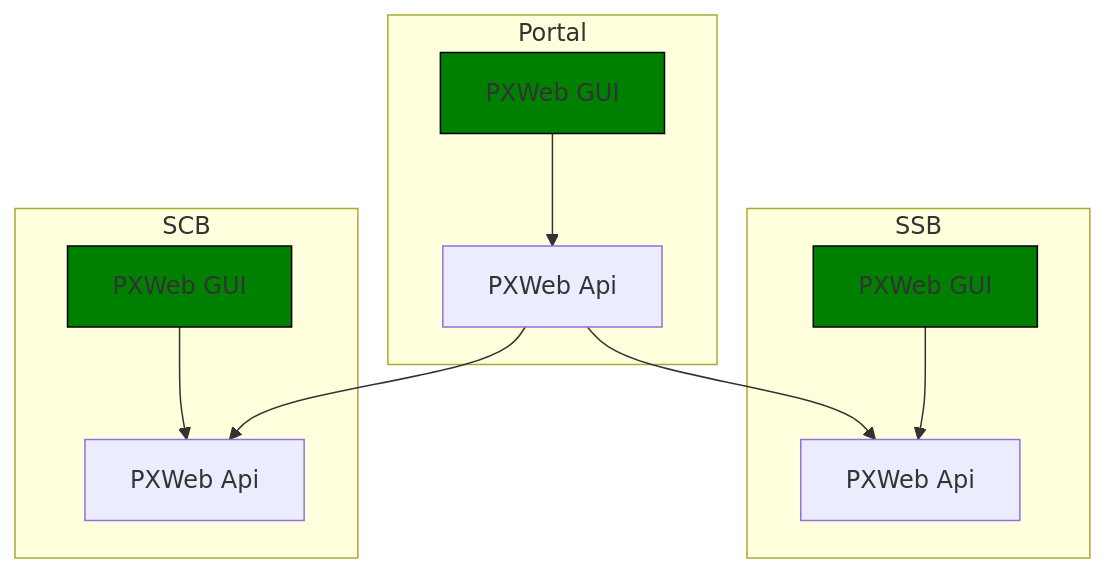
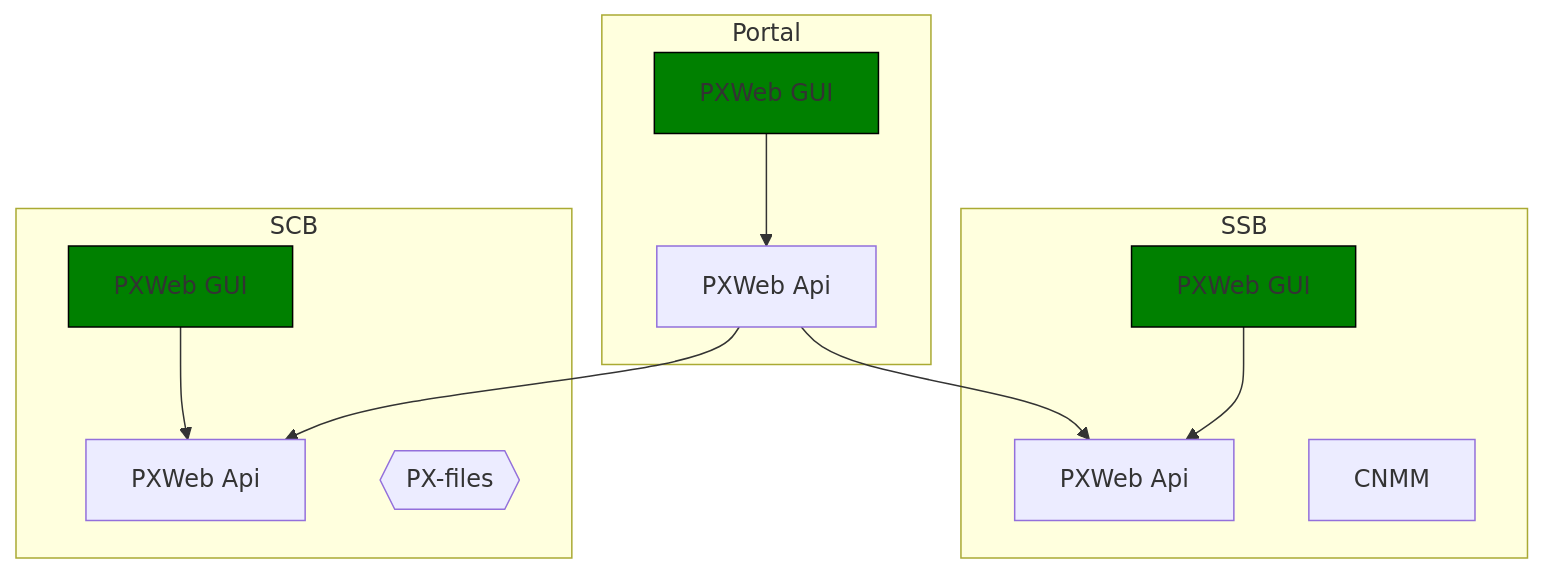
The first of 2 diagrams in PortalSketch.md (statisticssweden/PxWeb), drawn with Mermaid before and after one commit.

````diff
--- a/PortalSketch.md
+++ b/PortalSketch.md
@@ -2,25 +2,27 @@
 ```mermaid
 flowchart TB
    subgraph Portal
    PortalPXWeb[PXWeb GUI]:::guiStyle
    PortalPXWebApi[PXWeb Api]
    end 
    
    subgraph SSB
    SSBPXWeb[PXWeb GUI]:::guiStyle
    SSBPXWebApi[PXWeb Api]
+   SSBBackend[CNMM]
    end
    
    subgraph SCB
    SCBPXWeb[PXWeb GUI]:::guiStyle
    SCBPXWebApi[PXWeb Api]
+   SCBBackend{{PX-files}}
    end
    
    PortalPXWeb --> PortalPXWebApi
    SSBPXWeb --> SSBPXWebApi
    
    PortalPXWebApi --> SSBPXWebApi
    PortalPXWebApi --> SCBPXWebApi
    SCBPXWeb --> SCBPXWebApi
    classDef guiStyle fill:green,stroke:black   
 ```
````
